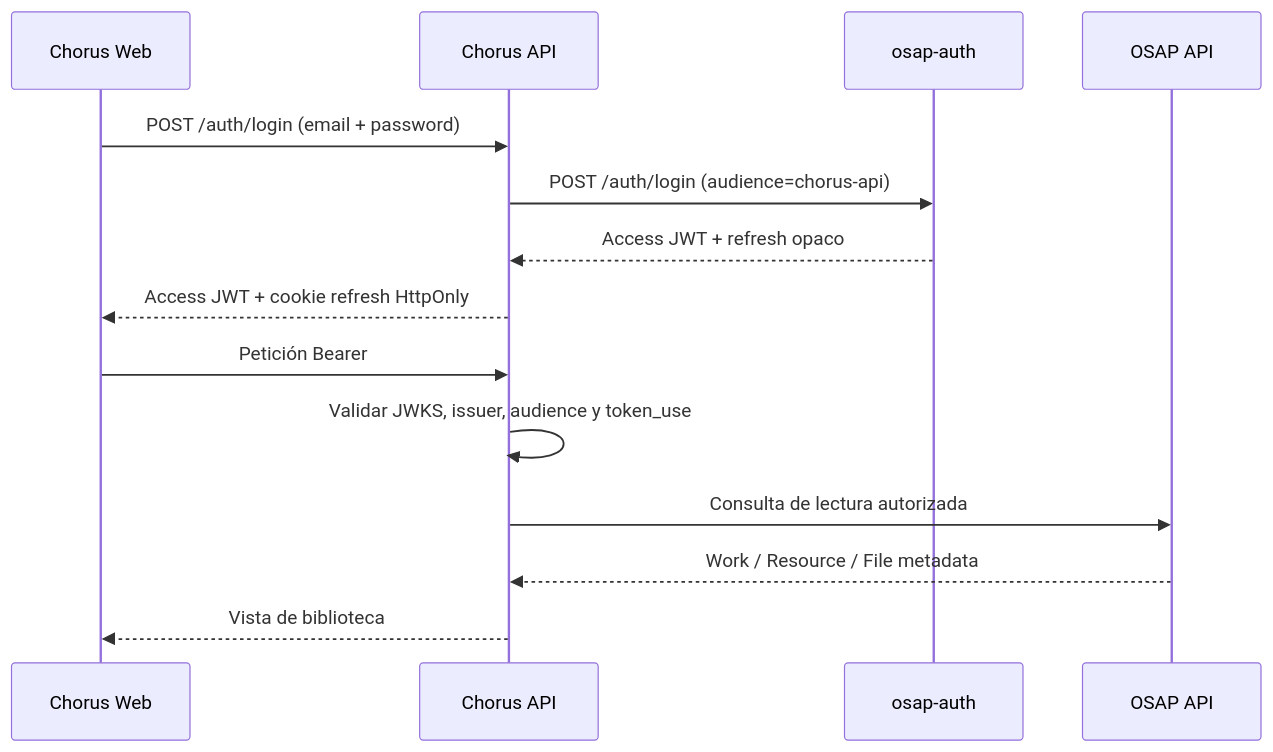
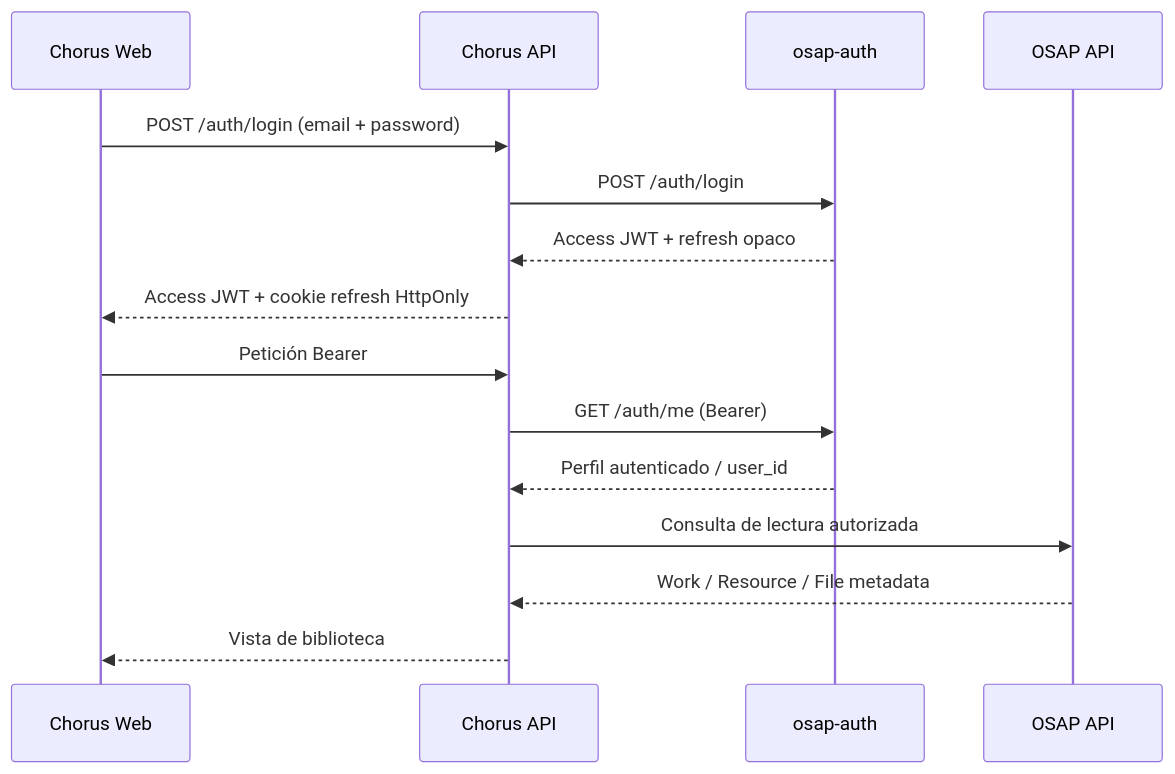
Before and after one commit to recursosformacion/ai_chorus: the diagram in docs/integration-contracts.md, drawn with Mermaid. The commit also changed other lines of this file, not shown here.

Commit message:
Correct Chorus authentication integration to match OSAP

````diff
--- a/docs/integration-contracts.md
+++ b/docs/integration-contracts.md
@@ -43,17 +43,18 @@
 ```mermaid
 sequenceDiagram
     participant Browser as Chorus Web
     participant Chorus as Chorus API
     participant Auth as osap-auth
     participant OSAP as OSAP API
 
     Browser->>Chorus: POST /auth/login (email + password)
-    Chorus->>Auth: POST /auth/login (audience=chorus-api)
+    Chorus->>Auth: POST /auth/login
     Auth-->>Chorus: Access JWT + refresh opaco
     Chorus-->>Browser: Access JWT + cookie refresh HttpOnly
     Browser->>Chorus: Petición Bearer
-    Chorus->>Chorus: Validar JWKS, issuer, audience y token_use
+    Chorus->>Auth: GET /auth/me (Bearer)
+    Auth-->>Chorus: Perfil autenticado / user_id
     Chorus->>OSAP: Consulta de lectura autorizada
     OSAP-->>Chorus: Work / Resource / File metadata
     Chorus-->>Browser: Vista de biblioteca
 ```
````
